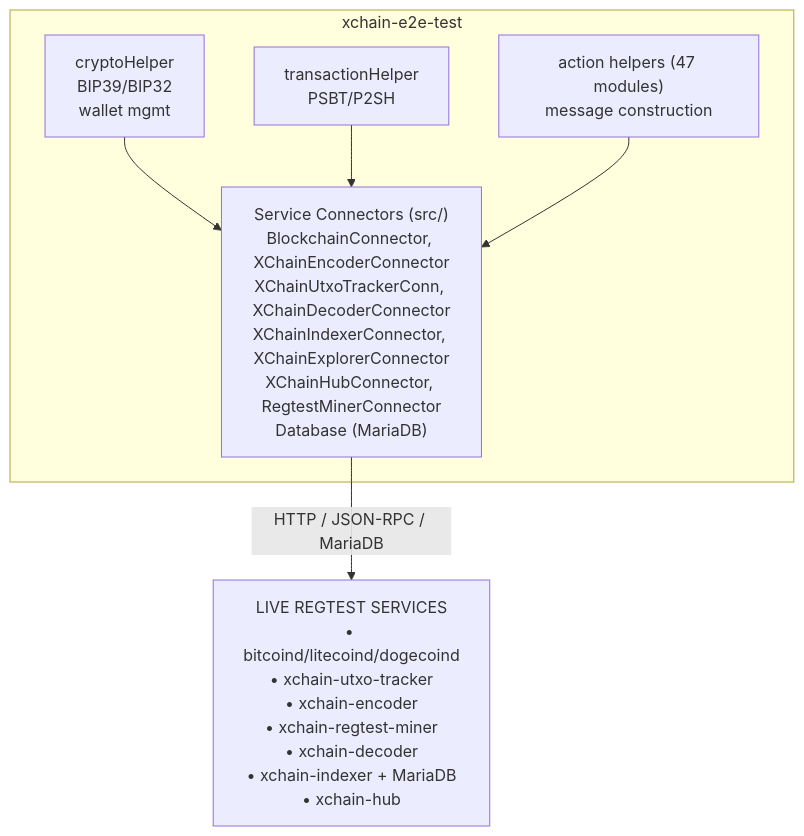
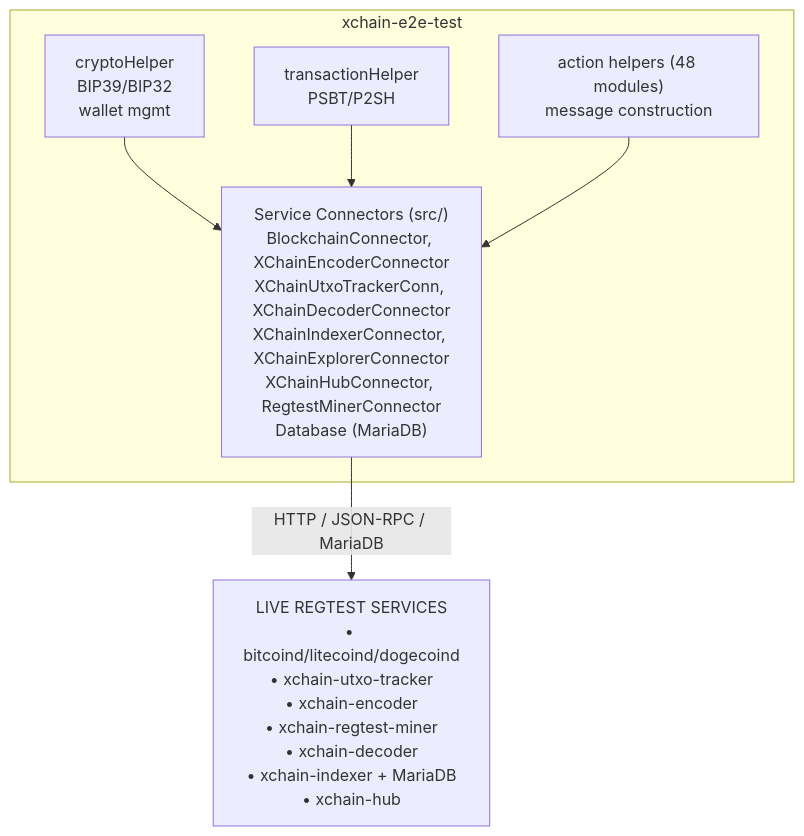
Before and after one commit to XChain-Platform/xchain-documentation: the second of 2 diagrams in components/e2e-test/README.md, drawn with Mermaid. The commit also changed other lines of this file and 2 other files, not shown here.

Commit message:
e2e-test: republish the action-suite figures the tree now counts

````diff
--- a/components/e2e-test/README.md
+++ b/components/e2e-test/README.md
@@ -65,14 +65,14 @@
 ```mermaid
 flowchart TD
     subgraph E2E["xchain-e2e-test"]
         CH["cryptoHelper<br>BIP39/BIP32<br>wallet mgmt"]
         TH["transactionHelper<br>PSBT/P2SH"]
-        AH["action helpers (47 modules)<br>message construction"]
+        AH["action helpers (48 modules)<br>message construction"]
         SC["Service Connectors (src/)<br>BlockchainConnector, XChainEncoderConnector<br>XChainUtxoTrackerConn, XChainDecoderConnector<br>XChainIndexerConnector, XChainExplorerConnector<br>XChainHubConnector, RegtestMinerConnector<br>Database (MariaDB)"]
         CH --> SC
         TH --> SC
         AH --> SC
     end
     SVC["LIVE REGTEST SERVICES<br>• bitcoind/litecoind/dogecoind<br>• xchain-utxo-tracker<br>• xchain-encoder<br>• xchain-regtest-miner<br>• xchain-decoder<br>• xchain-indexer + MariaDB<br>• xchain-hub"]
     SC -->|HTTP / JSON-RPC / MariaDB| SVC
 ```
````
